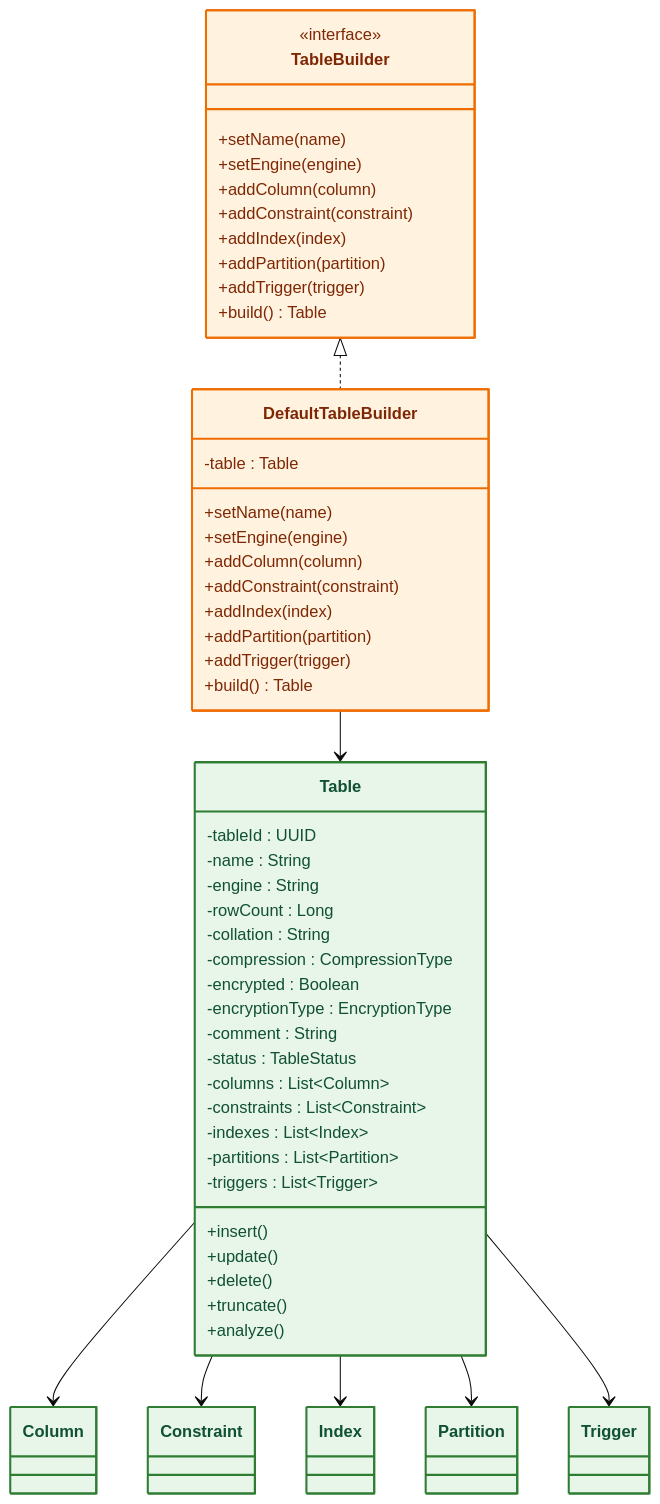
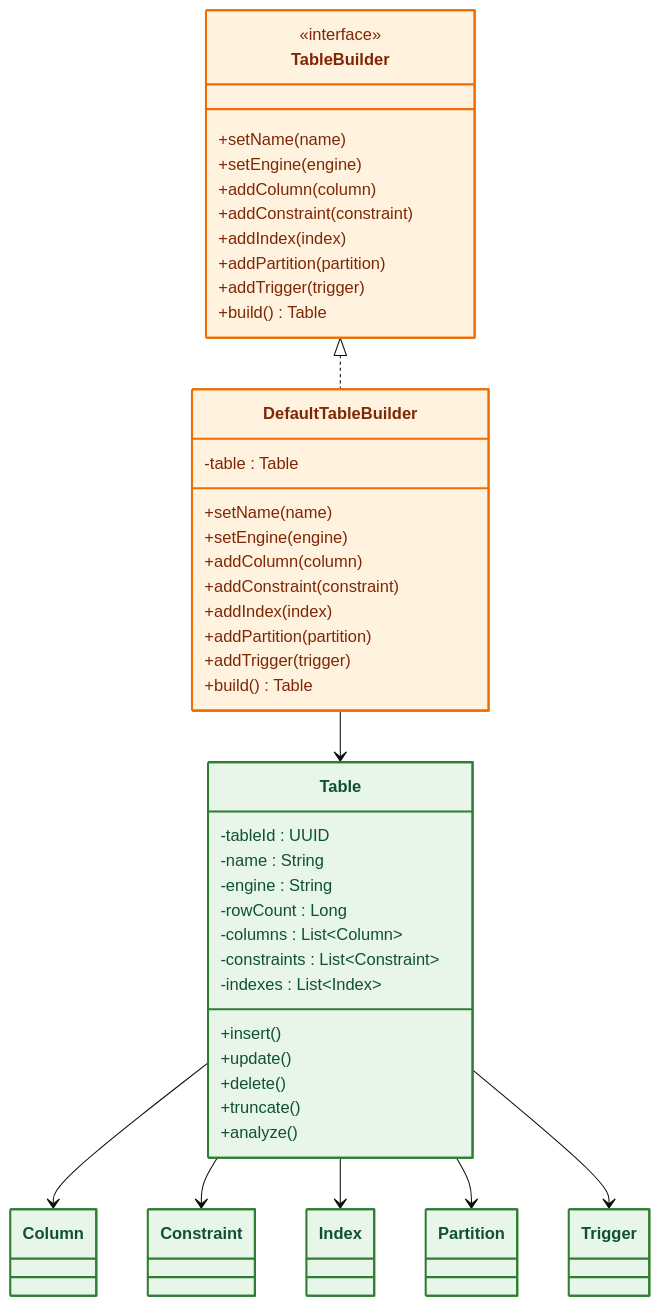
One commit to Huy1801214/dbms-architecture changed the tenth of 25 diagrams in docs/README.md. Above: the diagram before and after it, drawn with Mermaid (base theme). The commit also changed other lines of this file and 24 other files, not shown here.

```diff
--- a/docs/README.md
+++ b/docs/README.md
@@ -1381,18 +1709,10 @@
     -name : String
     -engine : String
     -rowCount : Long
-    -collation : String
-    -compression : CompressionType
-    -encrypted : Boolean
-    -encryptionType : EncryptionType
-    -comment : String
-    -status : TableStatus
 
     -columns : List~Column~
     -constraints : List~Constraint~
     -indexes : List~Index~
-    -partitions : List~Partition~
-    -triggers : List~Trigger~
 
     +insert()
     +update()
```
